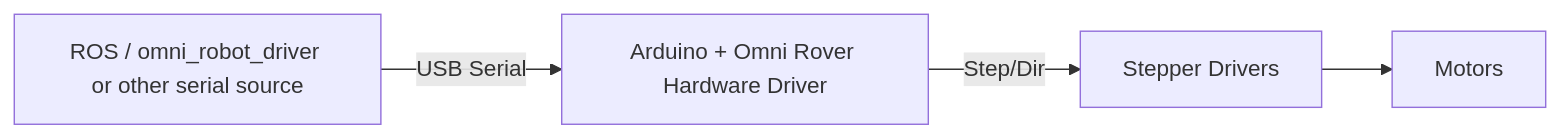
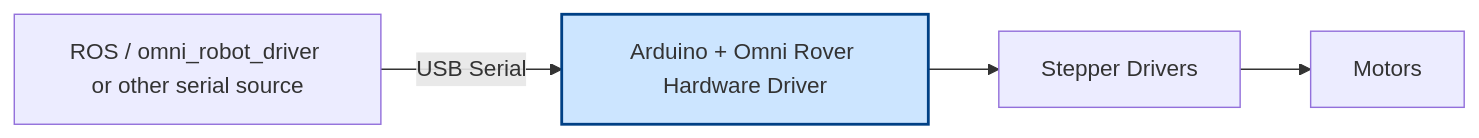
Before and after one commit to bottad/omni_rover_hardware_driver: the diagram in README.md, drawn with Mermaid.

Commit message:
small readme corrections

````diff
--- a/README.md
+++ b/README.md
@@ -24,6 +24,6 @@
 ```mermaid
 flowchart LR
-    A[ROS / omni_robot_driver or other serial source] -- USB Serial --> B[Arduino + Omni Rover Hardware Driver]
-    B -- Step/Dir --> C[Stepper Drivers]
-    C --> D[Motors]
+    A[ROS / omni_robot_driver or other serial source] -- USB Serial --> B[Arduino + Omni Rover Hardware Driver] --> C[Stepper Drivers] --> D[Motors]
+
+    style B fill:#cce5ff,stroke:#004085,stroke-width:2px
 ```
````
